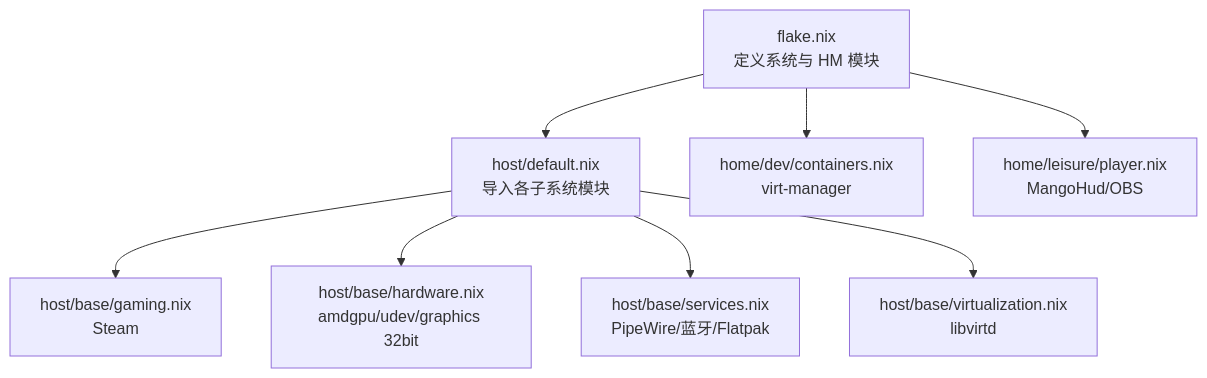
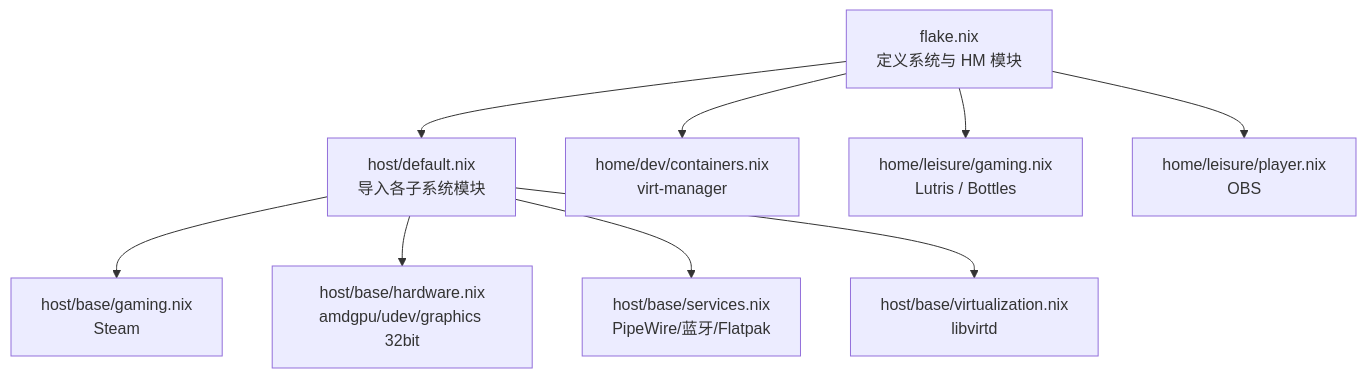
One commit to Shangshui0302/myNixOSConfig changed the diagram in wiki/leisure/gaming.md. Above: the diagram before and after it, drawn with Mermaid. The commit also changed other lines of this file and 3 other files, not shown here.

Commit message:
feat(leisure): 添加 Lutris 与 Bottles 两个 Windows 游戏前端

````diff
--- a/wiki/leisure/gaming.md
+++ b/wiki/leisure/gaming.md
@@ -14,10 +14,11 @@
 ```mermaid
 graph TB
 A["flake.nix<br/>定义系统与 HM 模块"] --> B["host/default.nix<br/>导入各子系统模块"]
 B --> C["host/base/gaming.nix<br/>Steam"]
 B --> D["host/base/hardware.nix<br/>amdgpu/udev/graphics 32bit"]
 B --> E["host/base/services.nix<br/>PipeWire/蓝牙/Flatpak"]
 B --> V["host/base/virtualization.nix<br/>libvirtd"]
 A --> F["home/dev/containers.nix<br/>virt-manager"]
-A --> G["home/leisure/player.nix<br/>MangoHud/OBS"]
+A --> G["home/leisure/gaming.nix<br/>Lutris / Bottles"]
+A --> H["home/leisure/player.nix<br/>OBS"]
 ```
````
